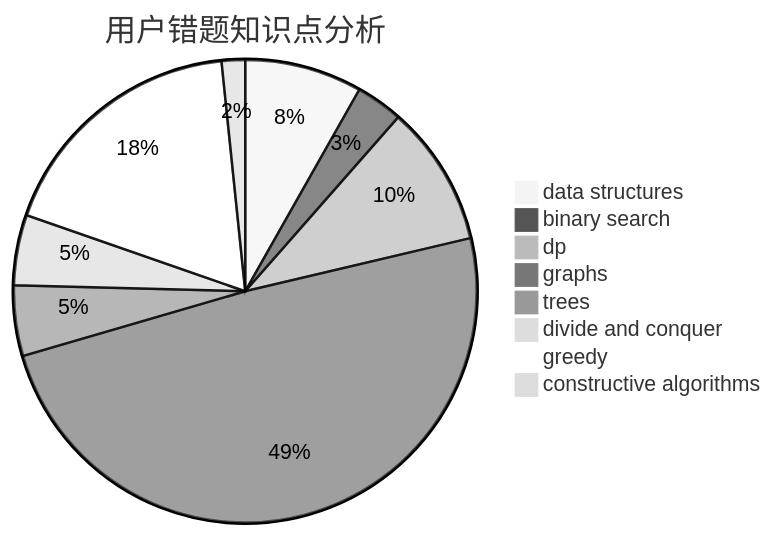
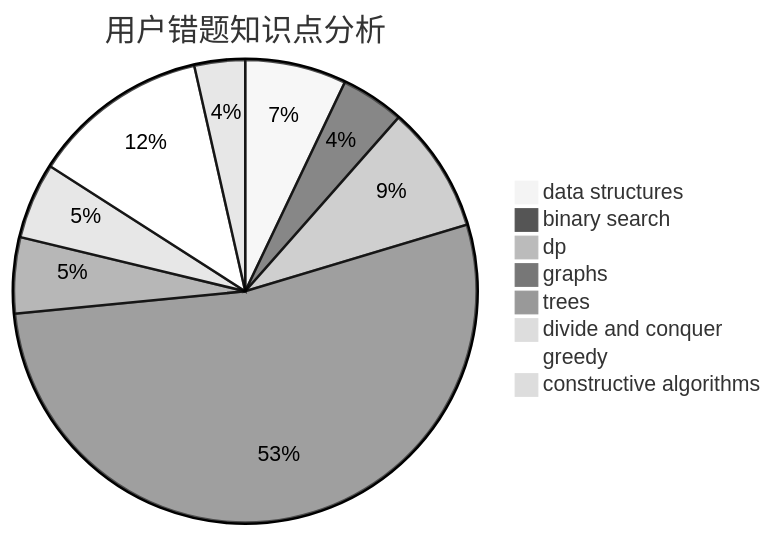
The third of 3 diagrams in docs/user/u1467.md (sherpahu/cfrs.github.io), drawn with Mermaid (neutral theme) before and after one commit. The commit also changed other lines of this file and 2770 other files, not shown here.

````diff
--- a/docs/user/u1467.md
+++ b/docs/user/u1467.md
@@ -36,11 +36,11 @@
 ```mermaid
 pie title 用户错题知识点分析
-    "data structures" :  5
-    "binary search" :  2
-    "dp" :  6
-    "graphs" :  30
-    "trees" :  3
-    "divide and conquer" :  3
-    "greedy" :  11
-    "constructive algorithms" :  1
+    "data structures" :  8
+    "binary search" :  5
+    "dp" :  10
+    "graphs" :  60
+    "trees" :  6
+    "divide and conquer" :  6
+    "greedy" :  14
+    "constructive algorithms" :  4
 ```
````
